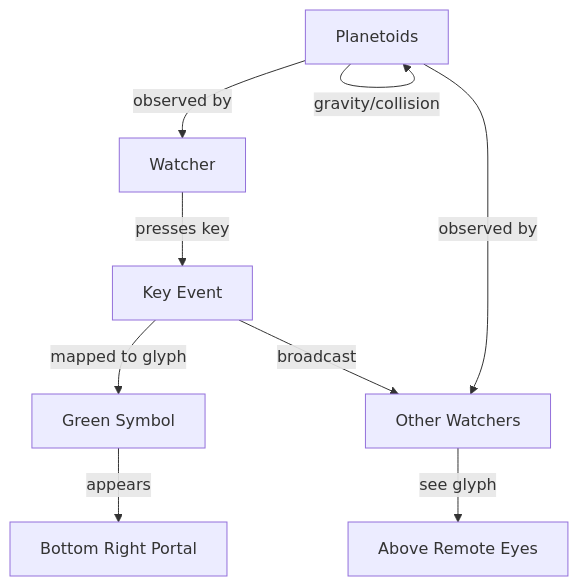
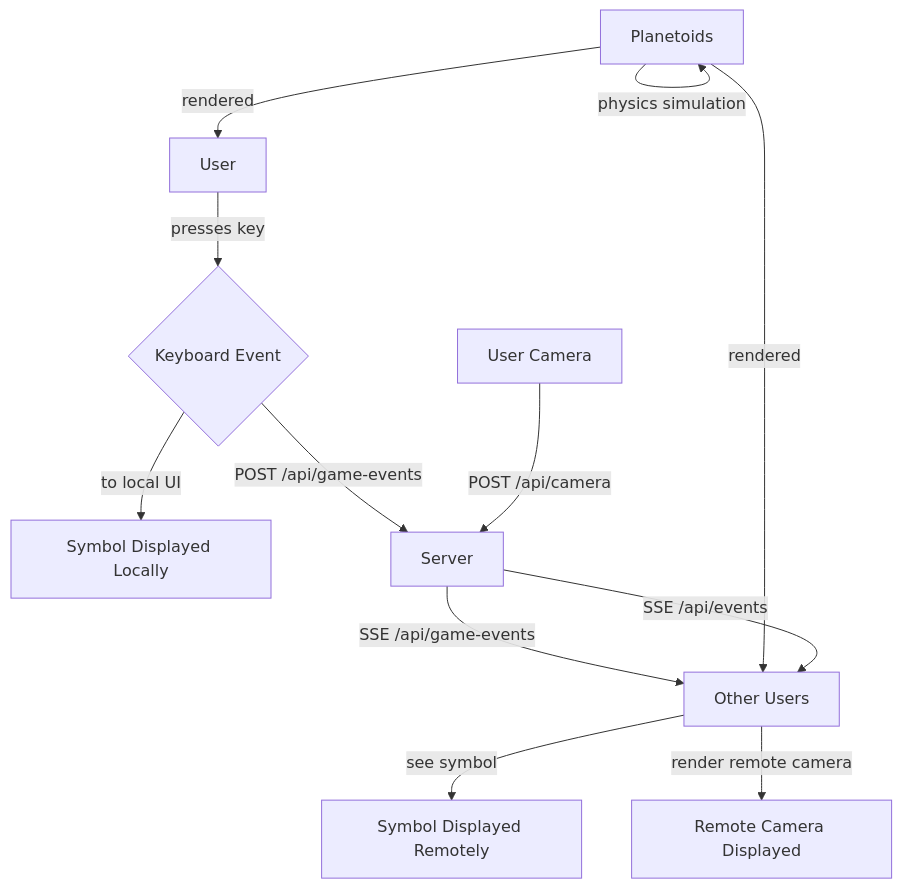
One commit to rgilks/planeto changed the diagram in docs/technical-overview.md. Above: the diagram before and after it, drawn with Mermaid. The commit also changed other lines of this file and 13 other files, not shown here.

````diff
--- a/docs/technical-overview.md
+++ b/docs/technical-overview.md
@@ -15,11 +16,16 @@
 ```mermaid
 flowchart TD
-    A[Watcher] -- presses key --> B[Key Event]
-    B -- mapped to glyph --> C[Green Symbol]
-    C -- appears --> D[Bottom Right Portal]
-    B -- broadcast --> E[Other Watchers]
-    E -- see glyph --> F[Above Remote Eyes]
-    G[Planetoids] -- gravity/collision --> G
-    G -- observed by --> A
-    G -- observed by --> E
+    A[User] -- presses key --> B{Keyboard Event}
+    B -- to local UI --> C[Symbol Displayed Locally]
+    B -- POST /api/game-events --> D[Server]
+    D -- SSE /api/game-events --> E[Other Users]
+    E -- see symbol --> F[Symbol Displayed Remotely]
+
+    G[Planetoids] -- physics simulation --> G
+    G -- rendered --> A
+    G -- rendered --> E
+
+    H[User Camera] -- POST /api/camera --> D
+    D -- SSE /api/events --> E
+    E -- render remote camera --> I[Remote Camera Displayed]
 ```
````
